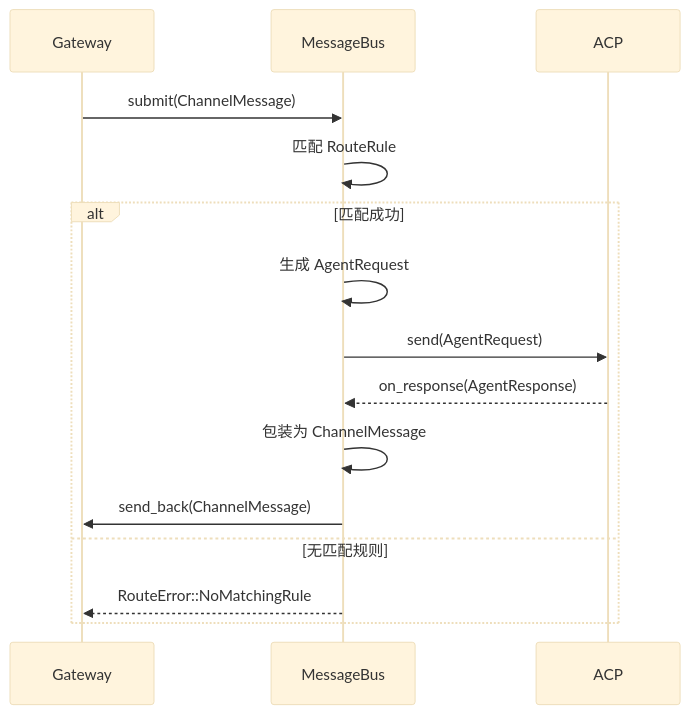
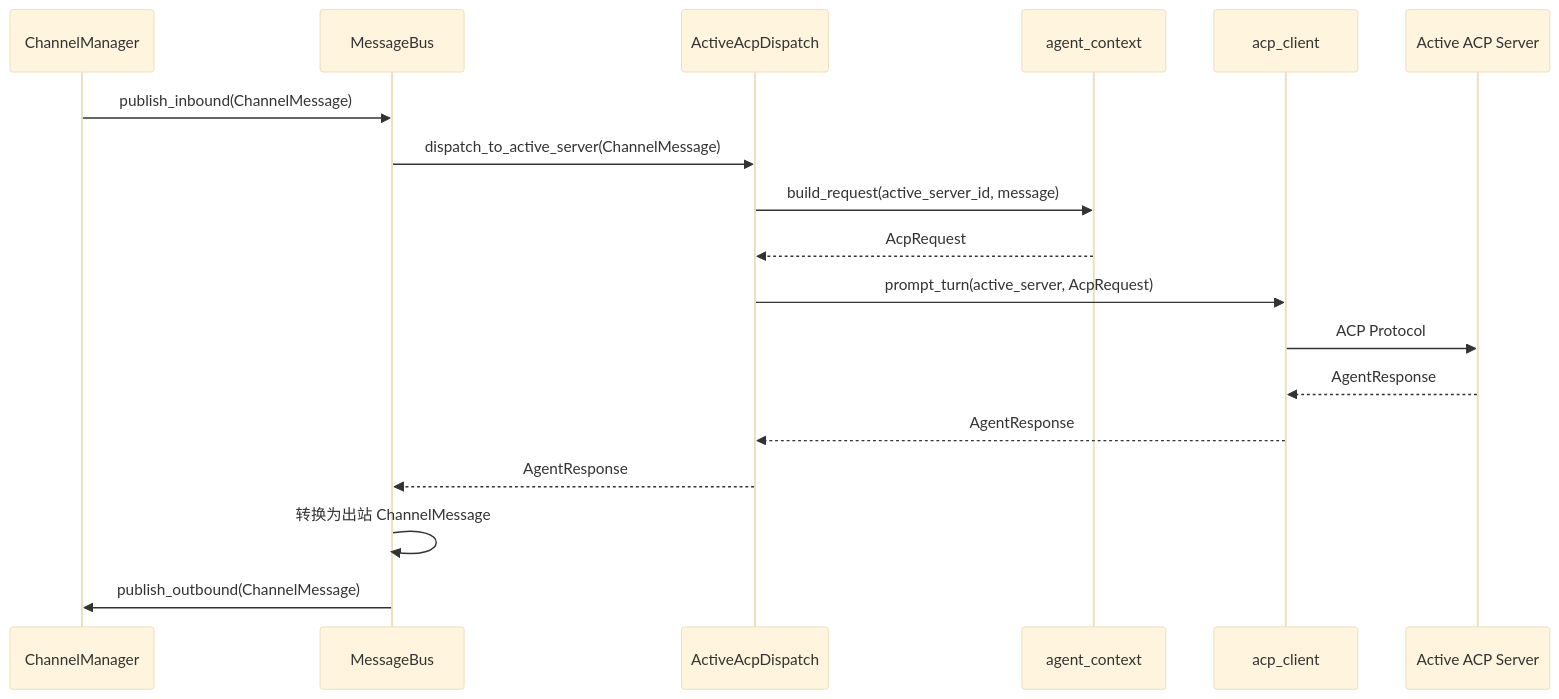
One commit to zhuxining/MindClaw changed the first of 2 diagrams in docs/architecture/20-message-bus.md. Above: the diagram before and after it, drawn with Mermaid (base theme). The commit also changed other lines of this file and 8 other files, not shown here.

First line of the commit message:
feat: 新增 Agent Context 架构层文档，完善四层架构设计

````diff
--- a/docs/architecture/20-message-bus.md
+++ b/docs/architecture/20-message-bus.md
@@ -53,18 +39,21 @@
 ```mermaid
 sequenceDiagram
-    participant GW as Gateway
+    participant CM as ChannelManager
     participant MB as MessageBus
-    participant AC as ACP
+    participant AD as ActiveAcpDispatch
+    participant ACX as agent_context
+    participant ACP as acp_client
+    participant AS as Active ACP Server
 
-    GW->>MB: submit(ChannelMessage)
-    MB->>MB: 匹配 RouteRule
-    alt 匹配成功
-        MB->>MB: 生成 AgentRequest
-        MB->>AC: send(AgentRequest)
-        AC-->>MB: on_response(AgentResponse)
-        MB->>MB: 包装为 ChannelMessage
-        MB->>GW: send_back(ChannelMessage)
-    else 无匹配规则
-        MB-->>GW: RouteError::NoMatchingRule
-    end
+    CM->>MB: publish_inbound(ChannelMessage)
+    MB->>AD: dispatch_to_active_server(ChannelMessage)
+    AD->>ACX: build_request(active_server_id, message)
+    ACX-->>AD: AcpRequest
+    AD->>ACP: prompt_turn(active_server, AcpRequest)
+    ACP->>AS: ACP Protocol
+    AS-->>ACP: AgentResponse
+    ACP-->>AD: AgentResponse
+    AD-->>MB: AgentResponse
+    MB->>MB: 转换为出站 ChannelMessage
+    MB->>CM: publish_outbound(ChannelMessage)
 ```
````
